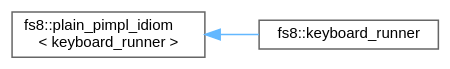
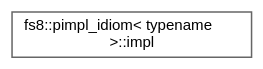
The diagram in api/inherit_graph_103.dot (the-moisrex/foresight), drawn with Graphviz before and after one commit. The commit also changed 305 other files, not shown here.

```diff
--- a/api/inherit_graph_103.dot
+++ b/api/inherit_graph_103.dot
@@ -1,11 +1,9 @@
 digraph "Graphical Class Hierarchy"
 {
  // LATEX_PDF_SIZE
   bgcolor="transparent";
   edge [fontname=Helvetica,fontsize=10,labelfontname=Helvetica,labelfontsize=10];
   node [fontname=Helvetica,fontsize=10,shape=box,height=0.2,width=0.4];
   rankdir="LR";
-  Node0 [id="Node000000",label="fs8::plain_pimpl_idiom\l\< keyboard_runner \>",height=0.2,width=0.4,color="grey40", fillcolor="white", style="filled",URL="$structfs8_1_1plain__pimpl__idiom.html",tooltip=" "];
-  Node0 -> Node1 [id="edge129_Node000000_Node000001",dir="back",color="steelblue1",style="solid",tooltip=" "];
-  Node1 [id="Node000001",label="fs8::keyboard_runner",height=0.2,width=0.4,color="grey40", fillcolor="white", style="filled",URL="$structfs8_1_1keyboard__runner.html",tooltip=" "];
+  Node0 [id="Node000000",label="fs8::pimpl_idiom\< typename\l \>::impl",height=0.2,width=0.4,color="grey40", fillcolor="white", style="filled",URL="$structfs8_1_1pimpl__idiom_1_1impl.html",tooltip=" "];
 }
```
